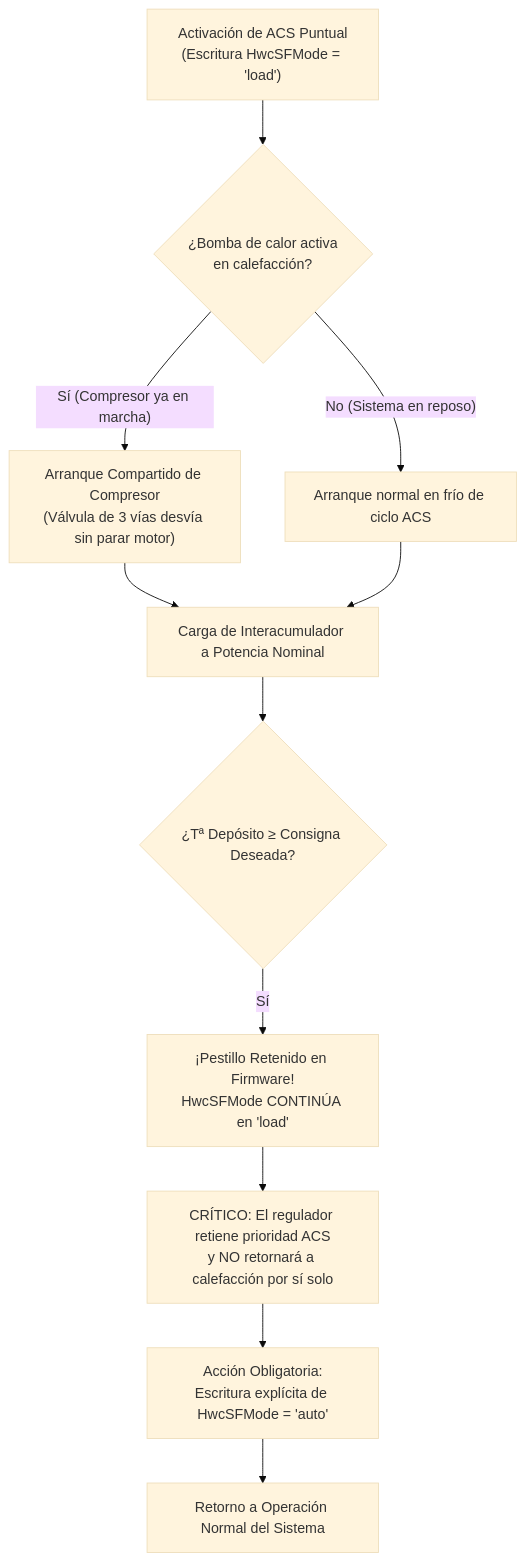
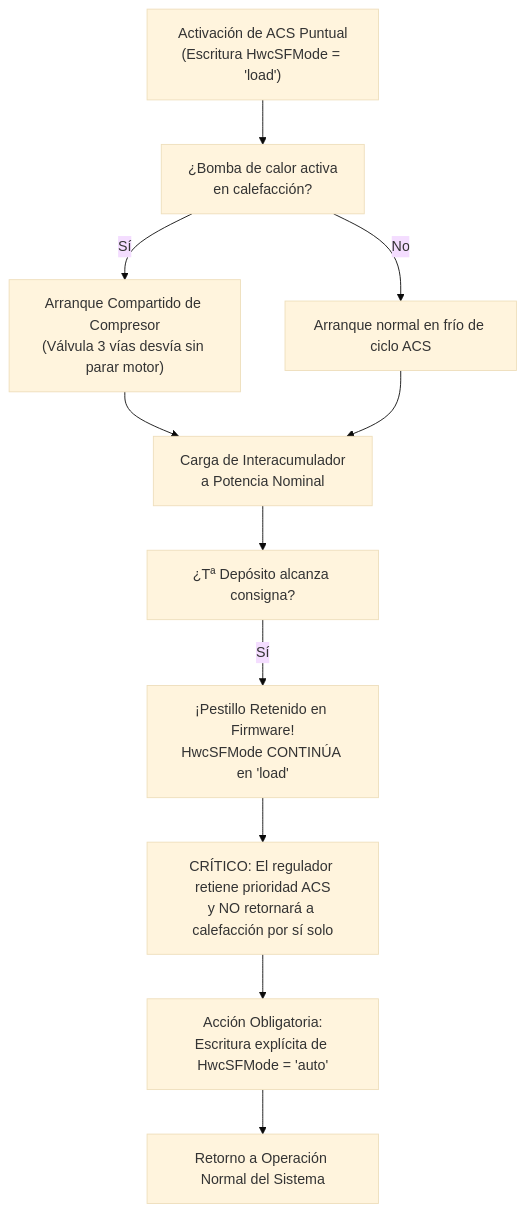
The third of 3 diagrams in docs/technical_reference_es.md (R91g/arotherm-genia-ebusd), drawn with Mermaid (base theme) before and after one commit. The commit also changed other lines of this file and 3 other files, not shown here.

First line of the commit message:
docs: fix KaTeX math formula syntax, refine flowchart nodes, and update unit test count to 38

````diff
--- a/docs/technical_reference_es.md
+++ b/docs/technical_reference_es.md
@@ -260,17 +260,17 @@
 ```mermaid
 flowchart TD
-    Trigger["Activación de ACS Puntual<br/>(Escritura HwcSFMode = 'load')"] --> CheckRun{"¿Bomba de calor activa<br/>en calefacción?"}
+    Trigger["Activación de ACS Puntual<br/>(Escritura HwcSFMode = 'load')"] --> CheckRun["¿Bomba de calor activa<br/>en calefacción?"]
     
-    CheckRun -- "Sí (Compresor ya en marcha)" --> ShareStart["Arranque Compartido de Compresor<br/>(Válvula de 3 vías desvía sin parar motor)"]
-    CheckRun -- "No (Sistema en reposo)" --> NewStart["Arranque normal en frío de ciclo ACS"]
+    CheckRun -- Sí --> ShareStart["Arranque Compartido de Compresor<br/>(Válvula 3 vías desvía sin parar motor)"]
+    CheckRun -- No --> NewStart["Arranque normal en frío de ciclo ACS"]
     
-    ShareStart --> Charging["Carga de Interacumulador a Potencia Nominal"]
+    ShareStart --> Charging["Carga de Interacumulador<br/>a Potencia Nominal"]
     NewStart --> Charging
     
-    Charging --> Reached{"¿Tª Depósito &ge; Consigna Deseada?"}
-    Reached -- "Sí" --> LatchState["¡Pestillo Retenido en Firmware!<br/>HwcSFMode CONTINÚA en 'load'"]
+    Charging --> Reached["¿Tª Depósito alcanza consigna?"]
+    Reached -- Sí --> LatchState["¡Pestillo Retenido en Firmware!<br/>HwcSFMode CONTINÚA en 'load'"]
     
     LatchState --> Warning["CRÍTICO: El regulador retiene prioridad ACS<br/>y NO retornará a calefacción por sí solo"]
     Warning --> ResetCmd["Acción Obligatoria:<br/>Escritura explícita de HwcSFMode = 'auto'"]
     ResetCmd --> NormalMode["Retorno a Operación Normal del Sistema"]
 ```
````
